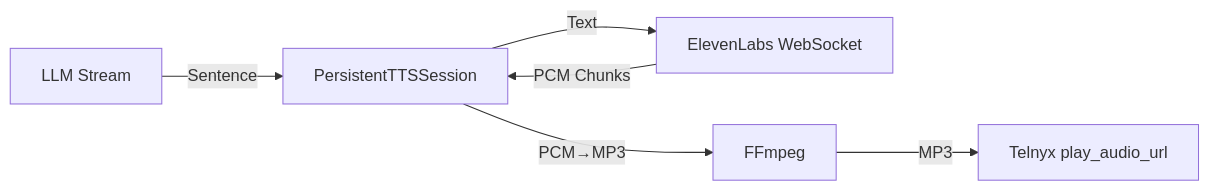
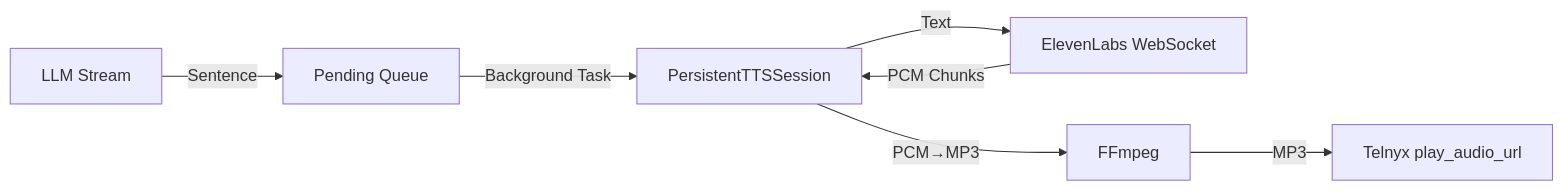
Before and after one commit to Radicalscale/virevo: the second of 2 diagrams in COMPREHENSIVE_CALL_FEATURE.md, drawn with Mermaid. The commit also changed other lines of this file and 10 other files, not shown here.

````diff
--- a/COMPREHENSIVE_CALL_FEATURE.md
+++ b/COMPREHENSIVE_CALL_FEATURE.md
@@ -451,8 +452,9 @@
 ```mermaid
 graph LR
-    LLM[LLM Stream] -->|Sentence| PTT[PersistentTTSSession]
+    LLM[LLM Stream] -->|Sentence| Queue[Pending Queue]
+    Queue -->|Background Task| PTT[PersistentTTSSession]
     PTT -->|Text| EL[ElevenLabs WebSocket]
     EL -->|PCM Chunks| PTT
     PTT -->|PCM→MP3| FF[FFmpeg]
     FF -->|MP3| TX[Telnyx play_audio_url]
 ```
````
